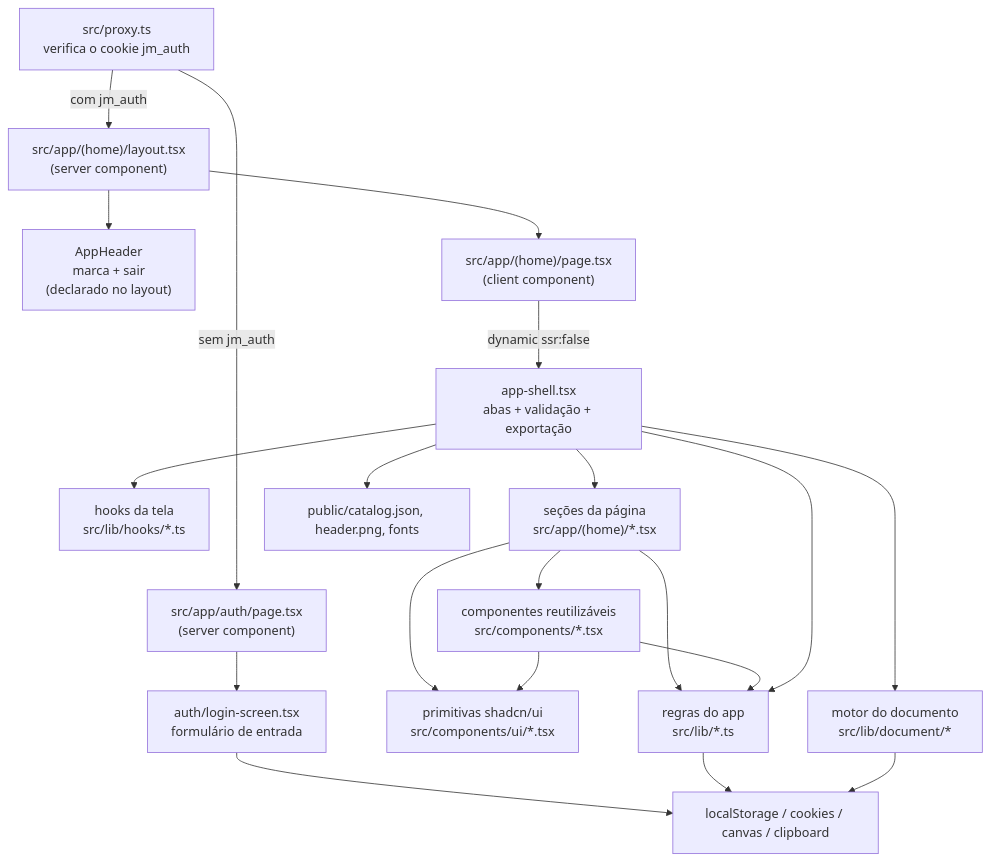
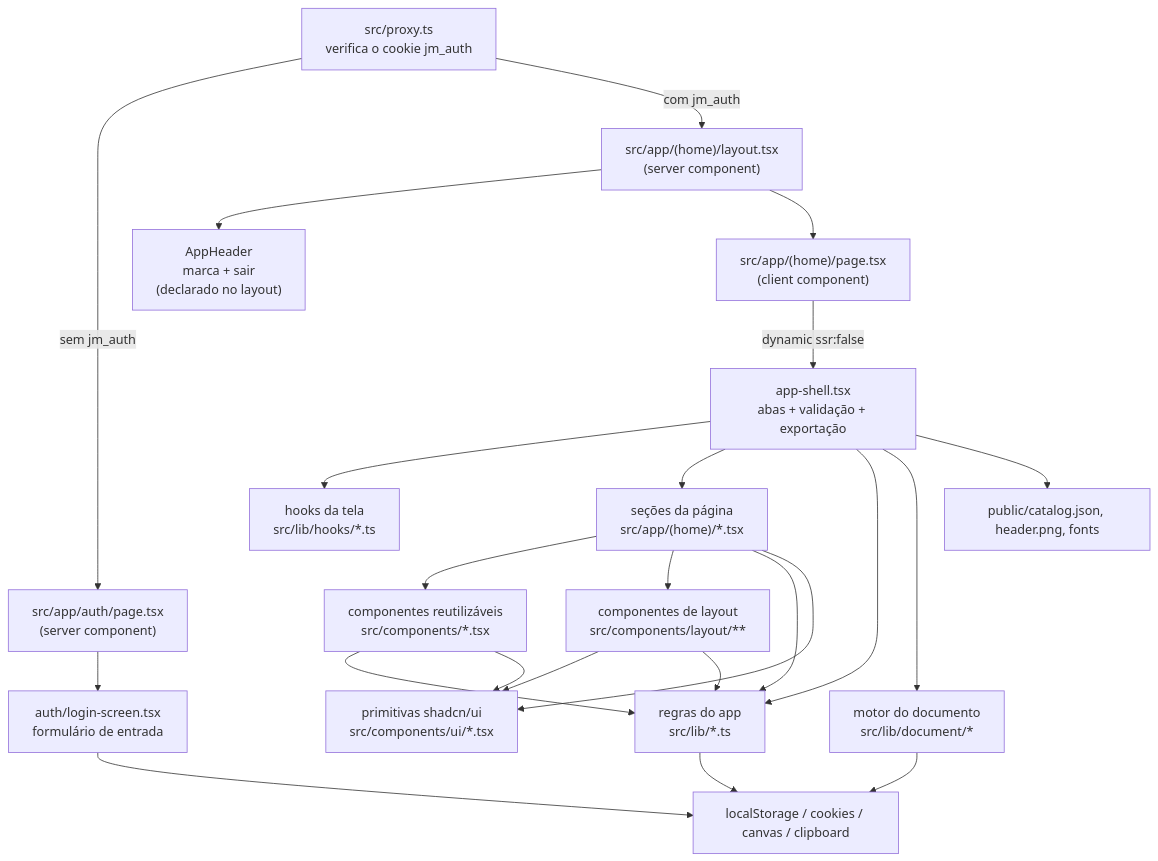
The first of 2 diagrams in docs/ARCHITECTURE.md (mariaamelco/site-para-or-amento), drawn with Mermaid before and after one commit. The commit also changed other lines of this file and 31 other files, not shown here.

````diff
--- a/docs/ARCHITECTURE.md
+++ b/docs/ARCHITECTURE.md
@@ -27,37 +27,41 @@
 ```mermaid
 flowchart TD
   Proxy["src/proxy.ts<br/>verifica o cookie jm_auth"]
   Layout["src/app/(home)/layout.tsx<br/>(server component)"]
   Header["AppHeader<br/>marca + sair<br/>(declarado no layout)"]
   Page["src/app/(home)/page.tsx<br/>(client component)"]
   Auth["src/app/auth/page.tsx<br/>(server component)"]
   Login["auth/login-screen.tsx<br/>formulário de entrada"]
   Shell["app-shell.tsx<br/>abas + validação + exportação"]
   Hooks["hooks da tela<br/>src/lib/hooks/*.ts"]
   Sections["seções da página<br/>src/app/(home)/*.tsx"]
   Shared["componentes reutilizáveis<br/>src/components/*.tsx"]
+  Layouts["componentes de layout<br/>src/components/layout/**"]
   UI["primitivas shadcn/ui<br/>src/components/ui/*.tsx"]
   Lib["regras do app<br/>src/lib/*.ts"]
   Doc["motor do documento<br/>src/lib/document/*"]
   Browser["localStorage / cookies / canvas / clipboard"]
   Static["public/catalog.json, header.png, fonts"]
 
   Proxy -->|sem jm_auth| Auth --> Login
   Proxy -->|com jm_auth| Layout
   Layout --> Header
   Layout --> Page
   Login --> Browser
   Page -->|dynamic ssr:false| Shell
   Shell --> Hooks
   Shell --> Sections
   Sections --> Shared
+  Sections --> Layouts
   Sections --> Lib
   Shared --> Lib
+  Layouts --> UI
+  Layouts --> Lib
   Shell --> Lib
   Shell --> Doc
   Sections --> UI
   Shared --> UI
   Lib --> Browser
   Doc --> Browser
   Shell --> Static
 ```
````
